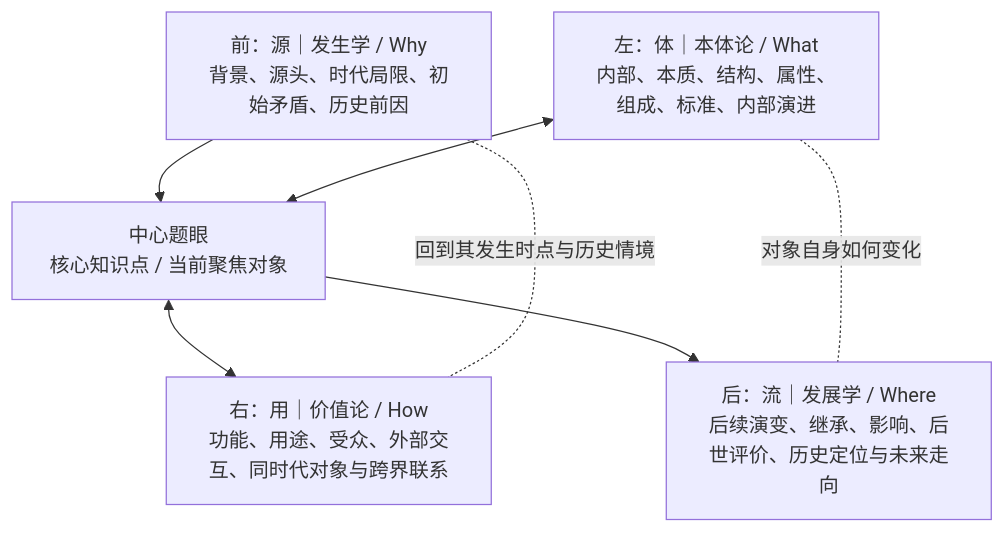
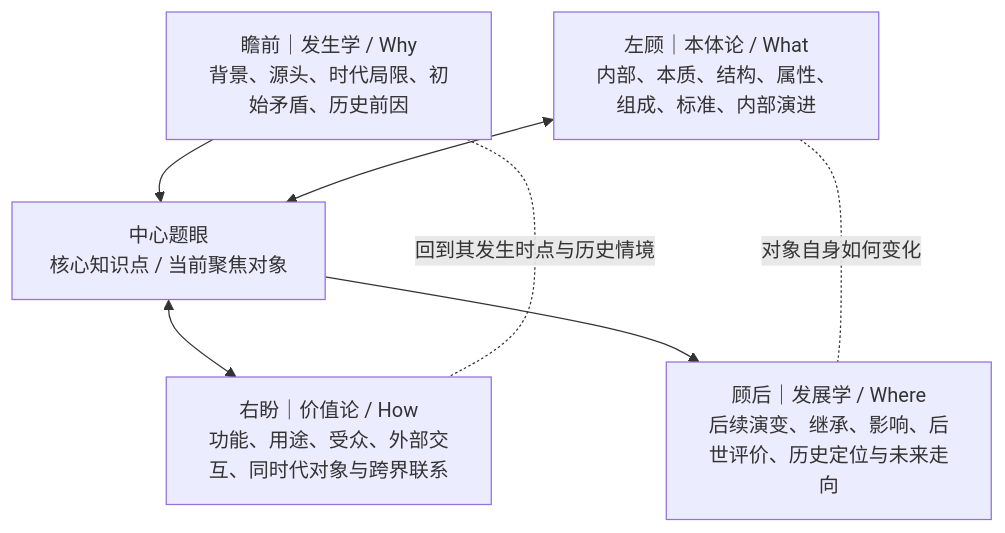
Before and after one commit to yijianvision-lgtm/yijian: the first of 3 diagrams in docs/MIND-V3.3-FOUR-DIRECTIONS-FOUR-DIMENSIONS-UNIFIED-MODEL.md, drawn with Mermaid. The commit also changed other lines of this file, not shown here.

````diff
--- a/docs/MIND-V3.3-FOUR-DIRECTIONS-FOUR-DIMENSIONS-UNIFIED-MODEL.md
+++ b/docs/MIND-V3.3-FOUR-DIRECTIONS-FOUR-DIMENSIONS-UNIFIED-MODEL.md
@@ -25,14 +25,14 @@
 ```mermaid
 flowchart TB
-  P["前：源｜发生学 / Why<br/>背景、源头、时代局限、初始矛盾、历史前因"]
-  L["左：体｜本体论 / What<br/>内部、本质、结构、属性、组成、标准、内部演进"]
+  P["瞻前｜发生学 / Why<br/>背景、源头、时代局限、初始矛盾、历史前因"]
+  L["左顾｜本体论 / What<br/>内部、本质、结构、属性、组成、标准、内部演进"]
   C["中心题眼<br/>核心知识点 / 当前聚焦对象"]
-  R["右：用｜价值论 / How<br/>功能、用途、受众、外部交互、同时代对象与跨界联系"]
-  F["后：流｜发展学 / Where<br/>后续演变、继承、影响、后世评价、历史定位与未来走向"]
+  R["右盼｜价值论 / How<br/>功能、用途、受众、外部交互、同时代对象与跨界联系"]
+  F["顾后｜发展学 / Where<br/>后续演变、继承、影响、后世评价、历史定位与未来走向"]
   P --> C
   L <--> C
   C <--> R
   C --> F
   P -. "回到其发生时点与历史情境" .- R
   L -. "对象自身如何变化" .- F
 ```
````
